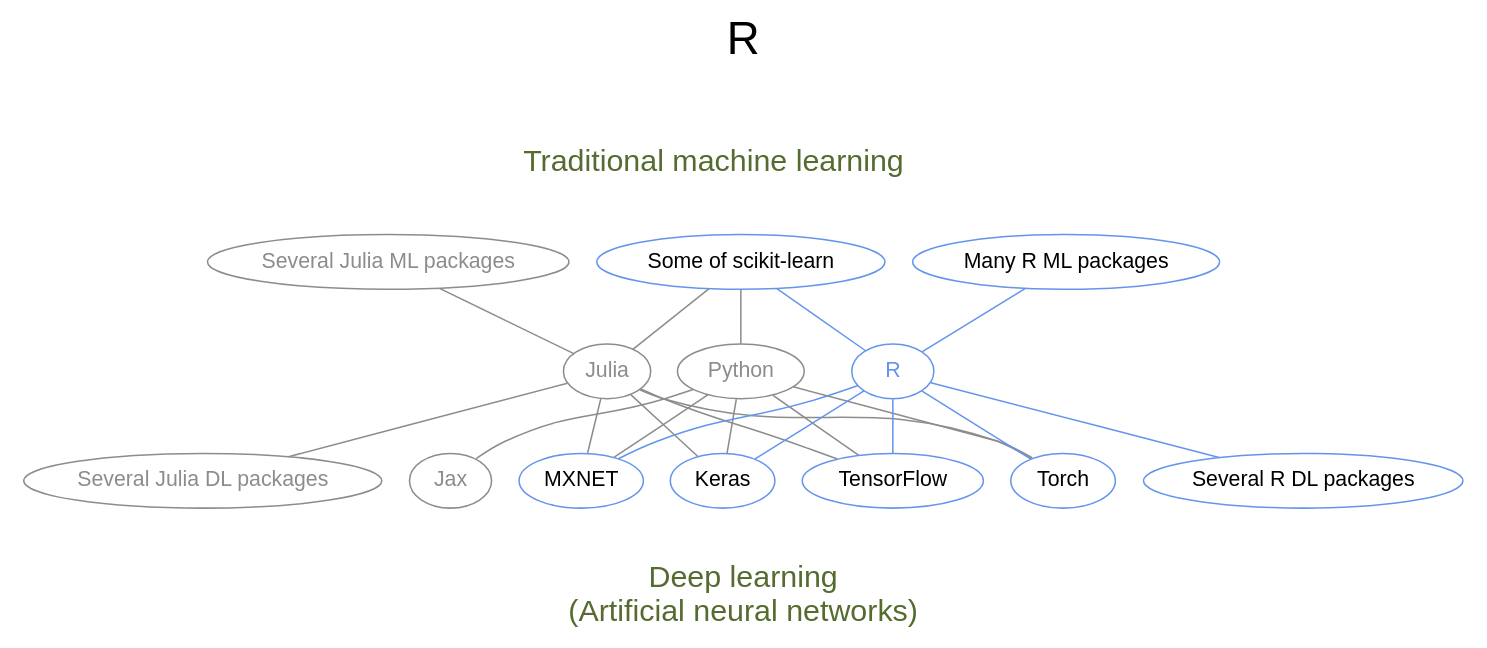
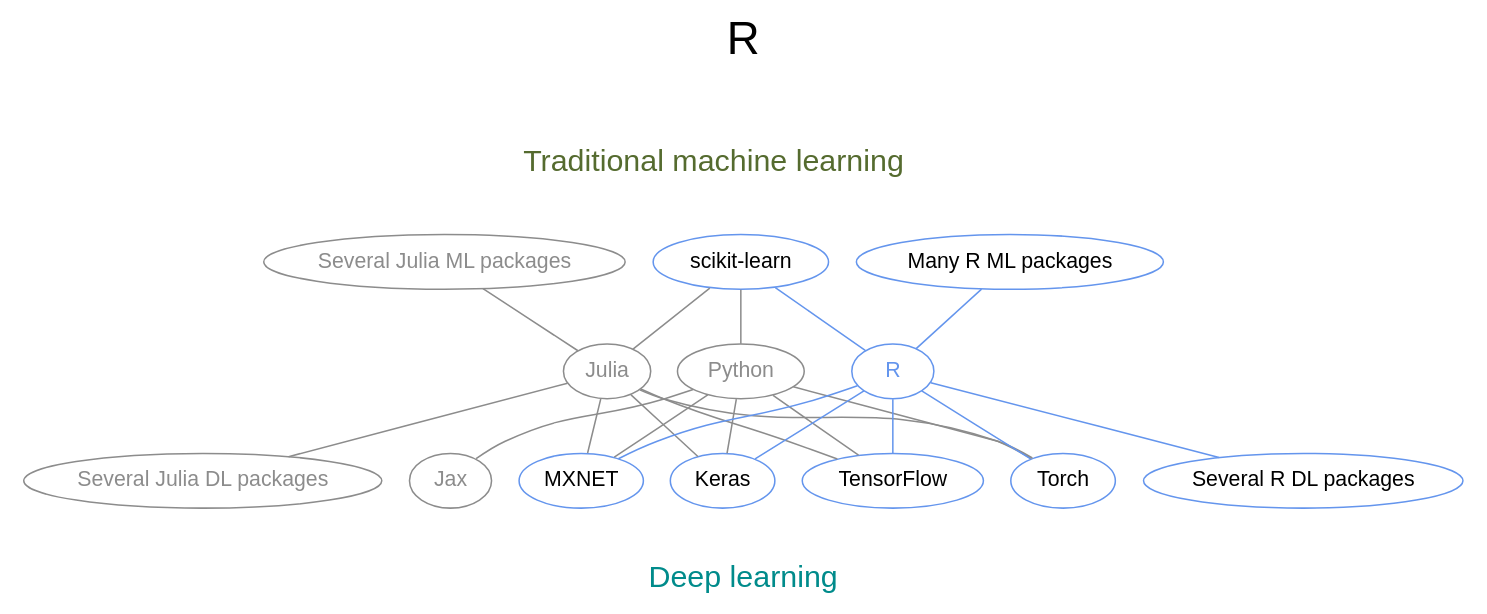
One commit to WestDRI/arc-training changed the tenth of 12 diagrams in ml/frameworks_slides.qmd. Above: the diagram before and after it, drawn with Graphviz. The commit also changed other lines of this file and 2 other files, not shown here.

````diff
--- a/ml/frameworks_slides.qmd
+++ b/ml/frameworks_slides.qmd
@@ -590,56 +460,56 @@
 ```{dot}
 //| echo: false
 
 strict graph {
 
   label="R\n\n"
   labelloc=t
   fontsize=30
   
   bgcolor="transparent"
   graph [fontname="Inconsolata, sans-serif"]
   node [fontname="Inconsolata, sans-serif"]
 
   subgraph cluster_ml {
 	peripheries=0
 	label="Traditional machine learning\n\n"
 	fontcolor=darkolivegreen
 	fontsize=20
-	"Some of scikit-learn" "Several Julia ML packages" "Many R ML packages"
+	"scikit-learn" "Several Julia ML packages" "Many R ML packages"
   }
 
   subgraph cluster_dl {
 	peripheries=0
-	label="\nDeep learning\n(Artificial neural networks)"
-	fontcolor=darkolivegreen
+	label="\nDeep learning"
+	fontcolor=darkcyan
 	fontsize=20
 	labelloc=b
 	Torch TensorFlow Jax Keras MXNET "Several Julia DL packages" "Several R DL packages"
   }
 
   Python [color=gray55, fontcolor=gray55, URL="https://www.python.org/"]
   Julia [color=gray55, fontcolor=gray55, URL="https://julialang.org/"]
   R [color=cornflowerblue, fontcolor=cornflowerblue, URL="https://www.r-project.org/"]
 
   "Many R ML packages" [color=cornflowerblue]
   "Several R DL packages" [color=cornflowerblue]
-  "Some of scikit-learn" [color=cornflowerblue, URL="https://saraswatmks.github.io/superml/"]
+  "scikit-learn" [color=cornflowerblue, URL="https://saraswatmks.github.io/superml/"]
   MXNET [color=cornflowerblue, URL="https://mxnet.apache.org/versions/1.8.0/api/r"]
   Keras [color=cornflowerblue, URL="https://github.com/rstudio/keras"]
   TensorFlow [color=cornflowerblue, URL="https://tensorflow.rstudio.com/"]
   Torch [color=cornflowerblue, URL="https://torch.mlverse.org/"]
 
-  "Some of scikit-learn" -- Python [color=gray55]
+  "scikit-learn" -- Python [color=gray55]
   Python -- {Torch TensorFlow Jax Keras MXNET} [color=gray55]
 
-  {"Several Julia ML packages" "Some of scikit-learn"} -- Julia [color=gray55]
+  {"Several Julia ML packages" "scikit-learn"} -- Julia [color=gray55]
   Julia -- {"Several Julia DL packages" Torch TensorFlow Keras MXNET} [color=gray55]
 
-  {"Some of scikit-learn" "Many R ML packages"} -- R [color=cornflowerblue]
+  {"scikit-learn" "Many R ML packages"} -- R [color=cornflowerblue]
   R -- {"Several R DL packages" Torch TensorFlow Keras MXNET} [color=cornflowerblue]
 
   "Several Julia ML packages" [color=gray55, fontcolor=gray55]
   "Several Julia DL packages" [color=gray55, fontcolor=gray55]
   Jax [color=gray55, fontcolor=gray55]
 }
 ```
````
